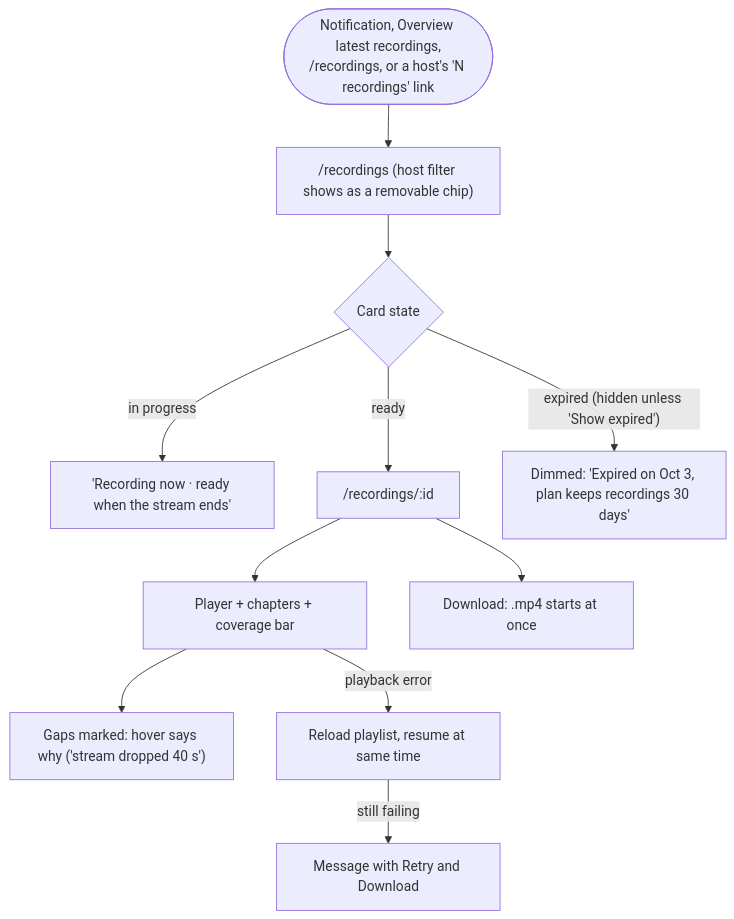
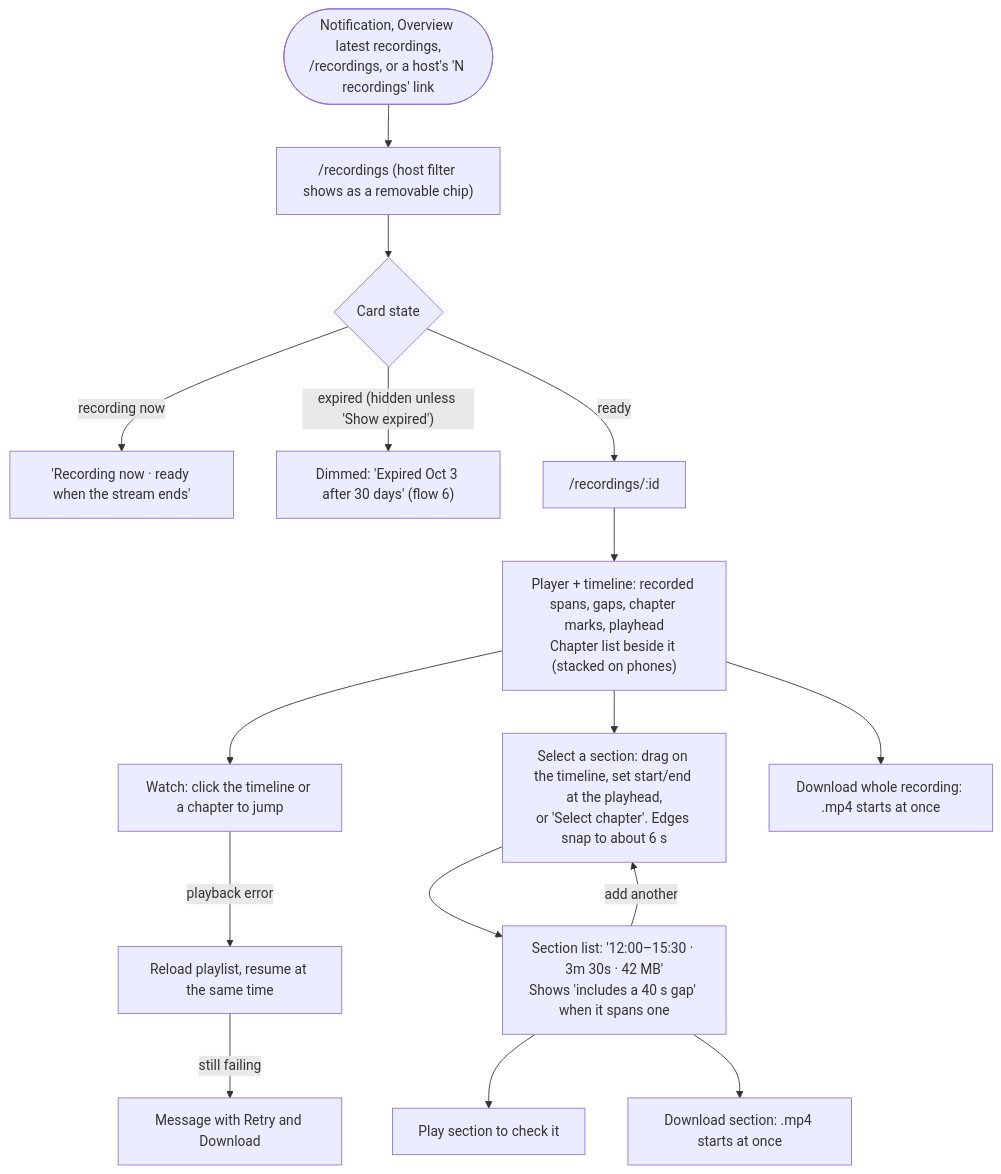
The fourth of 11 diagrams in docs/user-flows.md (binhld98/AutoRecordLive), drawn with Mermaid before and after one commit. The commit also changed other lines of this file, not shown here.

Commit message:
docs: revise user flows after review

````diff
--- a/docs/user-flows.md
+++ b/docs/user-flows.md
@@ -95,13 +150,18 @@
 ```mermaid
 flowchart TD
   entry(["Notification, Overview latest recordings,<br/>/recordings, or a host's 'N recordings' link"]) --> list["/recordings (host filter shows as a removable chip)"]
   list --> card{"Card state"}
-  card -- "in progress" --> inprog["'Recording now · ready when the stream ends'"]
-  card -- "ready" --> detail["/recordings/:id"]
-  card -- "expired (hidden unless 'Show expired')" --> expired["Dimmed: 'Expired on Oct 3, plan keeps recordings 30 days'"]
-  detail --> play["Player + chapters + coverage bar"]
-  play --> gaps["Gaps marked: hover says why ('stream dropped 40 s')"]
-  play -- "playback error" --> retry["Reload playlist, resume at same time"]
+  card -- "recording now" --> inprog["'Recording now · ready when the stream ends'"]
+  card -- "expired (hidden unless 'Show expired')" --> expired["Dimmed: 'Expired Oct 3 after 30 days' (flow 6)"]
+  card -- ready --> detail["/recordings/:id"]
+  detail --> editor["Player + timeline: recorded spans, gaps, chapter marks, playhead<br/>Chapter list beside it (stacked on phones)"]
+  editor --> watch["Watch: click the timeline or a chapter to jump"]
+  editor --> select["Select a section: drag on the timeline, set start/end at the playhead,<br/>or 'Select chapter'. Edges snap to about 6 s"]
+  select --> sections["Section list: '12:00–15:30 · 3m 30s · 42 MB'<br/>Shows 'includes a 40 s gap' when it spans one"]
+  sections --> previewsel["Play section to check it"]
+  sections --> dlsec["Download section: .mp4 starts at once"]
+  sections -- "add another" --> select
+  editor --> dlall["Download whole recording: .mp4 starts at once"]
+  watch -- "playback error" --> retry["Reload playlist, resume at the same time"]
   retry -- "still failing" --> msg["Message with Retry and Download"]
-  detail --> dl["Download: .mp4 starts at once"]
 ```
````
